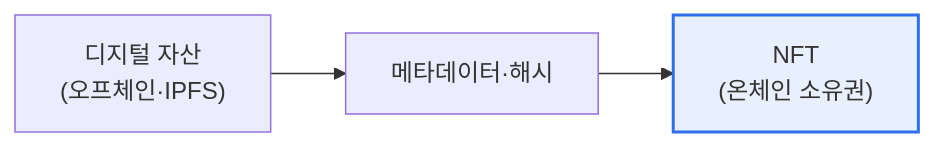
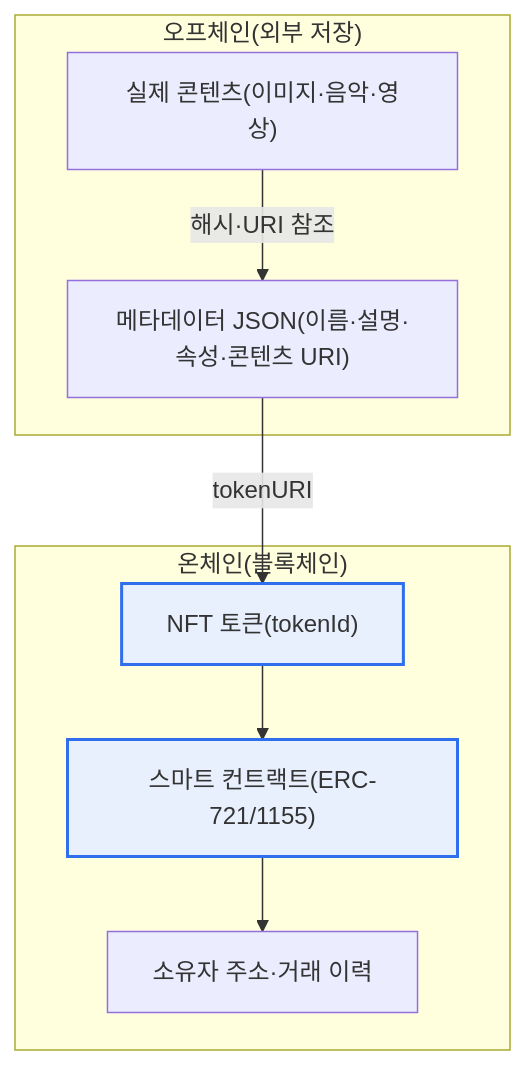
The first of 2 diagrams in content/nft.md (coninggu/wjdqhrhksflrltnftk), drawn with Mermaid before and after one commit. The commit also changed other lines of this file and 3 other files, not shown here.

````diff
--- a/content/nft.md
+++ b/content/nft.md
@@ -15,5 +21,18 @@
 ```mermaid
-flowchart LR
-  A["디지털 자산<br/>(오프체인·IPFS)"] --> M["메타데이터·해시"] --> N["NFT<br/>(온체인 소유권)"]
-  style N fill:#e8f0fe,stroke:#2f6fed,stroke-width:2px
+flowchart TB
+  subgraph OFF["오프체인(외부 저장)"]
+    A["실제 콘텐츠(이미지·음악·영상)"]
+    M["메타데이터 JSON(이름·설명·속성·콘텐츠 URI)"]
+  end
+  subgraph ON["온체인(블록체인)"]
+    T["NFT 토큰(tokenId)"]
+    SC["스마트 컨트랙트(ERC-721/1155)"]
+    OWN["소유자 주소·거래 이력"]
+  end
+  A -->|해시·URI 참조| M
+  M -->|tokenURI| T
+  T --> SC
+  SC --> OWN
+  style T fill:#e8f0fe,stroke:#2f6fed,stroke-width:2px
+  style SC fill:#e8f0fe,stroke:#2f6fed,stroke-width:2px
 ```
````
